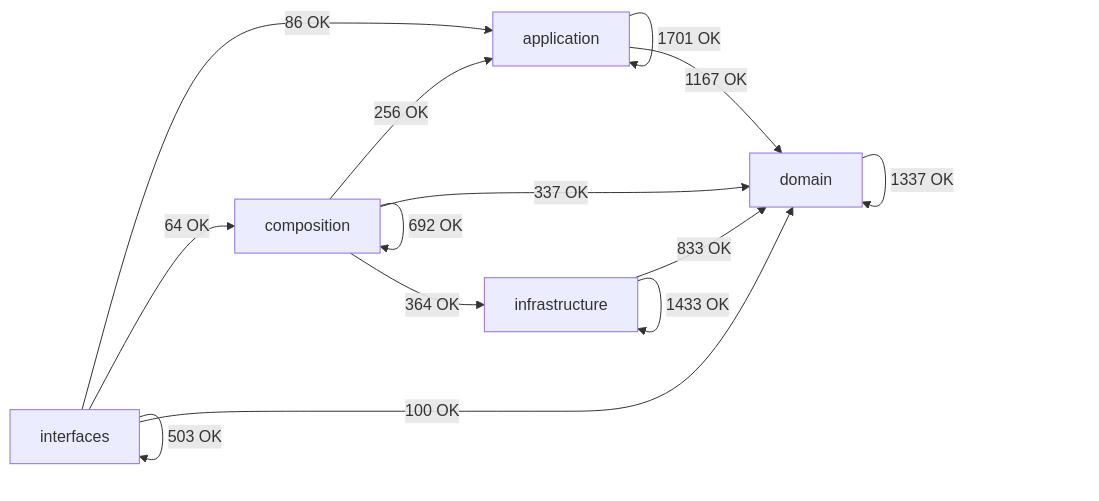
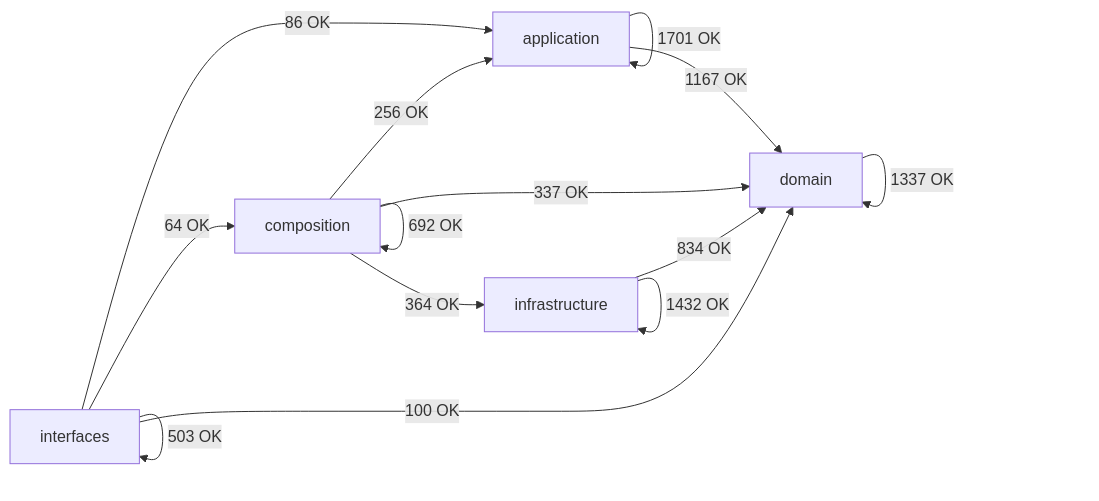
The diagram in docs/02-architecture/generated/module-dependency-map.md (SatoryKono/BioactivityDataAcquisition), drawn with Mermaid before and after one commit. The commit also changed other lines of this file and 31 other files, not shown here.

````diff
--- a/docs/02-architecture/generated/module-dependency-map.md
+++ b/docs/02-architecture/generated/module-dependency-map.md
@@ -17,21 +17,21 @@
 ```mermaid
 flowchart LR
     domain[domain]
     application[application]
     infrastructure[infrastructure]
     composition[composition]
     interfaces[interfaces]
     application -->|1701 OK| application
     application -->|1167 OK| domain
     composition -->|256 OK| application
     composition -->|692 OK| composition
     composition -->|337 OK| domain
     composition -->|364 OK| infrastructure
     domain -->|1337 OK| domain
-    infrastructure -->|833 OK| domain
-    infrastructure -->|1433 OK| infrastructure
+    infrastructure -->|834 OK| domain
+    infrastructure -->|1432 OK| infrastructure
     interfaces -->|86 OK| application
     interfaces -->|64 OK| composition
     interfaces -->|100 OK| domain
     interfaces -->|503 OK| interfaces
 ```
````
